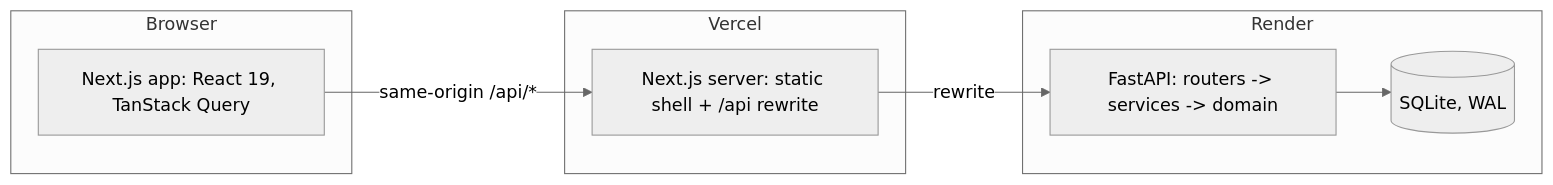
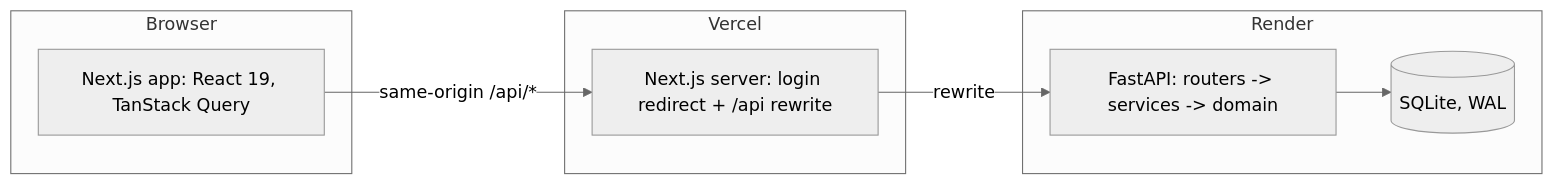
The first of 2 diagrams in docs/architecture.md (ParthBiyani/Duolingo_Web_App), drawn with Mermaid (neutral theme) before and after one commit. The commit also changed other lines of this file and 10 other files, not shown here.

Commit message:
docs: align architecture, database, game rules, deployment and adrs with the code

````diff
--- a/docs/architecture.md
+++ b/docs/architecture.md
@@ -5,16 +5,16 @@
 ```mermaid
 flowchart LR
   subgraph Browser
     UI[Next.js app: React 19, TanStack Query]
   end
   subgraph Vercel
-    NX[Next.js server: static shell + /api rewrite]
+    NX[Next.js server: login redirect + /api rewrite]
   end
   subgraph Render
     API[FastAPI: routers -> services -> domain]
     DB[(SQLite, WAL)]
   end
   UI -- same-origin /api/* --> NX
   NX -- rewrite --> API
   API --> DB
 ```
````
